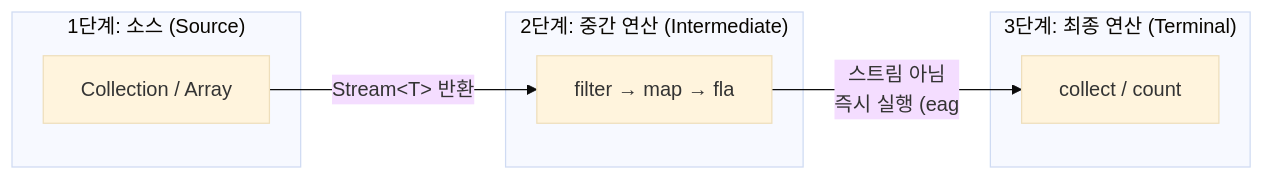
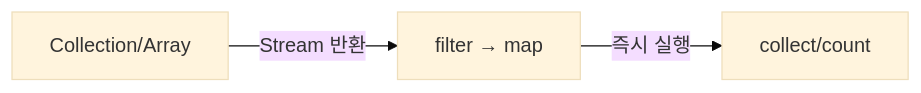
One commit to yjkim2015/yjkim2015.github.io changed the second of 4 diagrams in _posts/java/2026-05-01-java-stream.md. Above: the diagram before and after it, drawn with Mermaid (base theme). The commit also changed other lines of this file and 155 other files, not shown here.

First line of the commit message:
Mermaid 전면 수정: subgraph 제거, participant/노드/줄수 축소 (342블록)

````diff
--- a/_posts/java/2026-05-01-java-stream.md
+++ b/_posts/java/2026-05-01-java-stream.md
@@ -68,14 +63,5 @@
 ```mermaid
 graph LR
-  subgraph "1단계: 소스 (Source)"
-    A["Collection / Array"]
-  end
-  subgraph "2단계: 중간 연산 (Intermediate)"
-    B["filter → map → fla"]
-  end
-  subgraph "3단계: 최종 연산 (Terminal)"
-    C["collect / count"]
-  end
-  A -->|"Stream&lt;T&gt; 반환"| B
-  B -->|"스트림 아님\n즉시 실행 (eag"| C
+  A["Collection/Array"] -->|"Stream 반환"| B["filter → map"]
+  B -->|"즉시 실행"| C["collect/count"]
 ```
````
